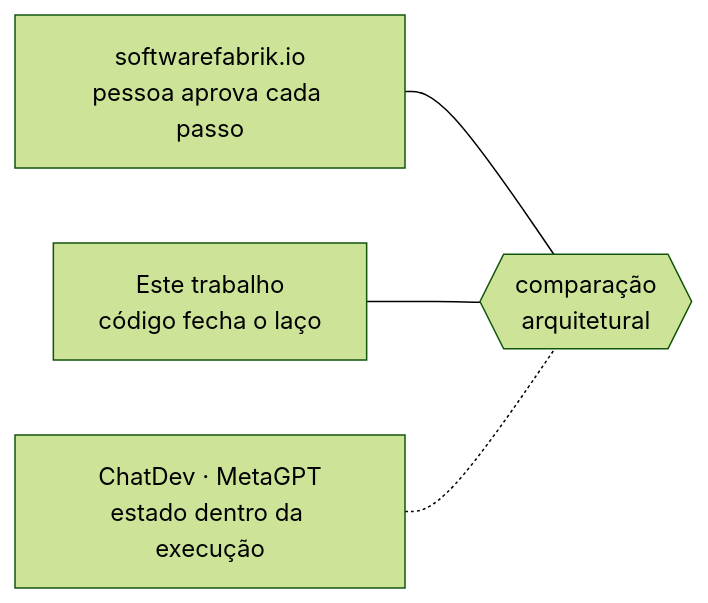
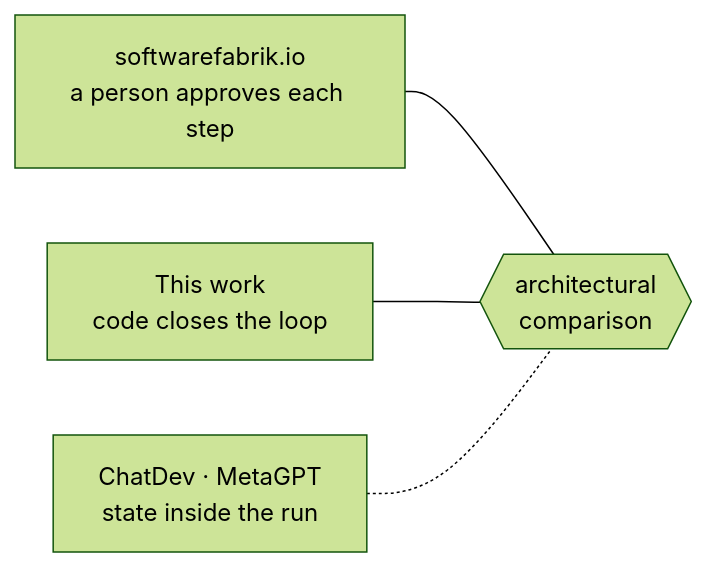
Before and after one commit to enzoconsulo/factory-tcc: the diagram in docs/tasks/en/E1-planning-and-architecture/FAB-102-study-the-state-of-the-art.md, drawn with Mermaid (forest theme). The commit also changed 52 other files, not shown here.

````diff
--- a/docs/tasks/en/E1-planning-and-architecture/FAB-102-study-the-state-of-the-art.md
+++ b/docs/tasks/en/E1-planning-and-architecture/FAB-102-study-the-state-of-the-art.md
@@ -11,6 +11,6 @@
 ```mermaid
 flowchart LR
-  A["softwarefabrik.io<br/>pessoa aprova cada passo"] --- X{{"comparação<br/>arquitetural"}}
-  B["Este trabalho<br/>código fecha o laço"] --- X
-  C["ChatDev · MetaGPT<br/>estado dentro da execução"] -.- X
+  A["softwarefabrik.io<br/>a person approves each step"] --- X{{"architectural<br/>comparison"}}
+  B["This work<br/>code closes the loop"] --- X
+  C["ChatDev · MetaGPT<br/>state inside the run"] -.- X
 ```
````
